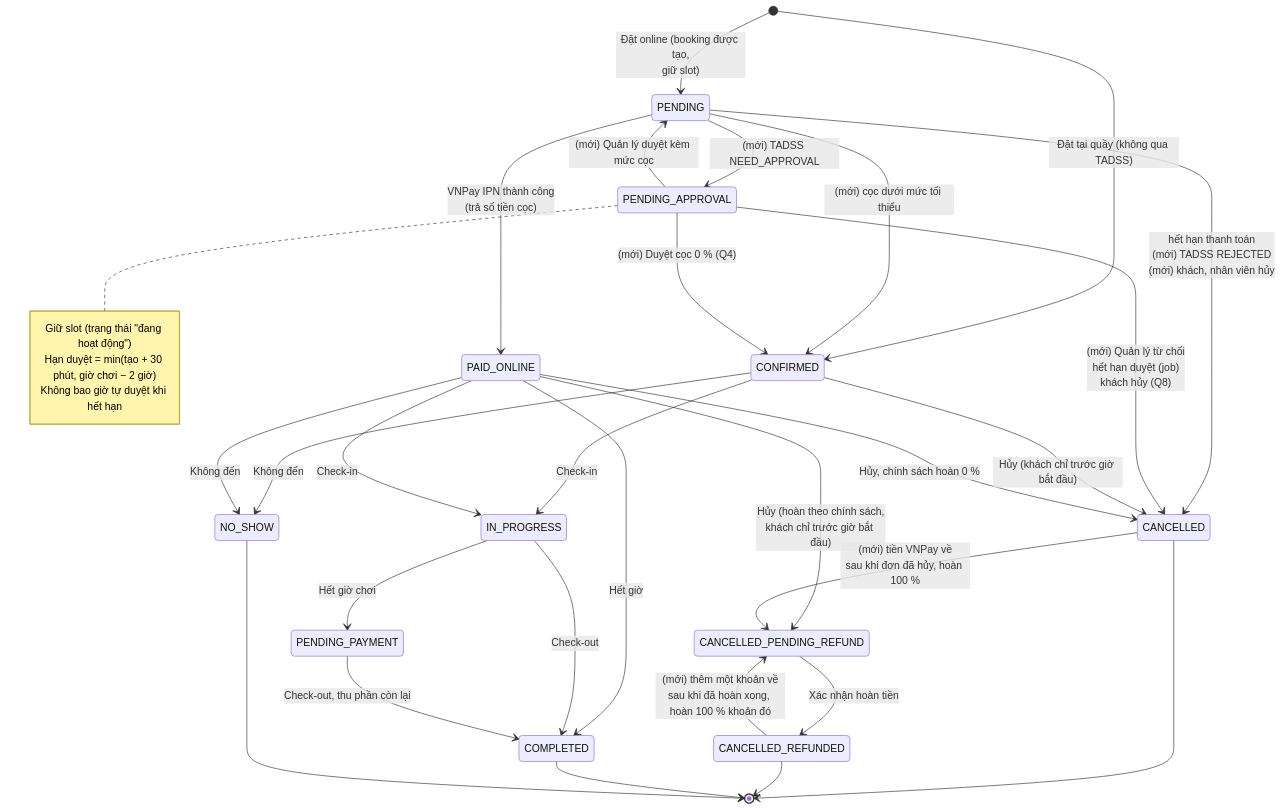
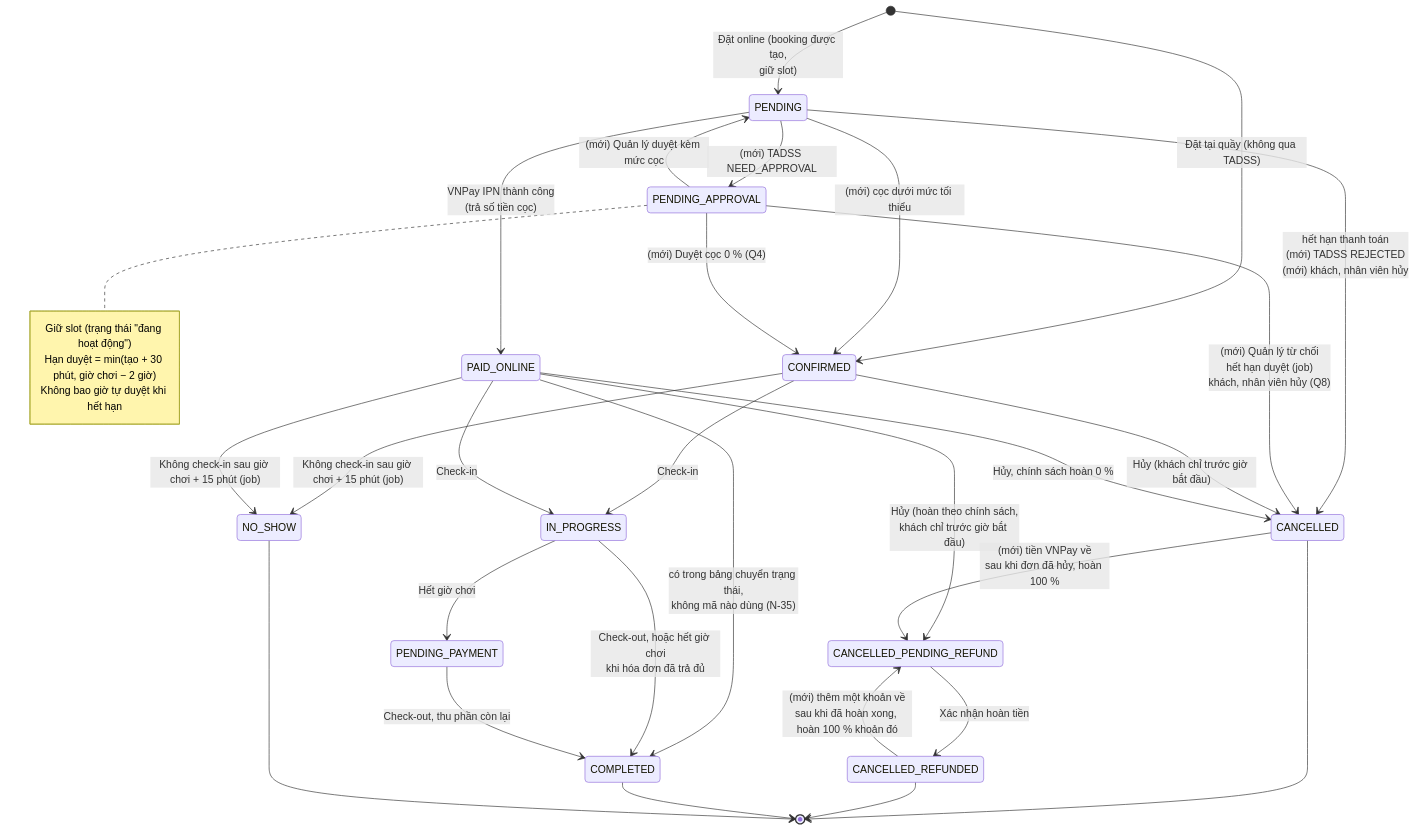
The fourth of 5 diagrams in docs/report/ACTIVITY_AND_STATE_DIAGRAMS.md (NguyenThanhTrung-N2T/TrustworthyAdaptiveDecisionSupportSystem-TADSS), drawn with Mermaid before and after one commit. The commit also changed other lines of this file and 12 other files, not shown here.

````diff
--- a/docs/report/ACTIVITY_AND_STATE_DIAGRAMS.md
+++ b/docs/report/ACTIVITY_AND_STATE_DIAGRAMS.md
@@ -159,44 +160,44 @@
 ```mermaid
 stateDiagram-v2
     direction TB
     [*] --> PENDING: Đặt online (booking được tạo,<br/>giữ slot)
     [*] --> CONFIRMED: Đặt tại quầy (không qua TADSS)
 
     PENDING --> PENDING_APPROVAL: (mới) TADSS NEED_APPROVAL
     PENDING --> CANCELLED: hết hạn thanh toán<br/>(mới) TADSS REJECTED<br/>(mới) khách, nhân viên hủy
     PENDING --> CONFIRMED: (mới) cọc dưới mức tối thiểu
     PENDING --> PAID_ONLINE: VNPay IPN thành công<br/>(trả số tiền cọc)
 
     PENDING_APPROVAL --> PENDING: (mới) Quản lý duyệt kèm mức cọc
-    PENDING_APPROVAL --> CANCELLED: (mới) Quản lý từ chối<br/>hết hạn duyệt (job)<br/>khách hủy (Q8)
+    PENDING_APPROVAL --> CANCELLED: (mới) Quản lý từ chối<br/>hết hạn duyệt (job)<br/>khách, nhân viên hủy (Q8)
     PENDING_APPROVAL --> CONFIRMED: (mới) Duyệt cọc 0 % (Q4)
 
     CONFIRMED --> IN_PROGRESS: Check-in
     CONFIRMED --> CANCELLED: Hủy (khách chỉ trước giờ bắt đầu)
-    CONFIRMED --> NO_SHOW: Không đến
+    CONFIRMED --> NO_SHOW: Không check-in sau giờ chơi + 15 phút (job)
 
     PAID_ONLINE --> IN_PROGRESS: Check-in
     PAID_ONLINE --> CANCELLED_PENDING_REFUND: Hủy (hoàn theo chính sách,<br/>khách chỉ trước giờ bắt đầu)
     PAID_ONLINE --> CANCELLED: Hủy, chính sách hoàn 0 %
-    PAID_ONLINE --> NO_SHOW: Không đến
-    PAID_ONLINE --> COMPLETED: Hết giờ
+    PAID_ONLINE --> NO_SHOW: Không check-in sau giờ chơi + 15 phút (job)
+    PAID_ONLINE --> COMPLETED: có trong bảng chuyển trạng thái,<br/>không mã nào dùng (N-35)
 
     IN_PROGRESS --> PENDING_PAYMENT: Hết giờ chơi
-    IN_PROGRESS --> COMPLETED: Check-out
+    IN_PROGRESS --> COMPLETED: Check-out, hoặc hết giờ chơi<br/>khi hóa đơn đã trả đủ
     PENDING_PAYMENT --> COMPLETED: Check-out, thu phần còn lại
 
     CANCELLED_PENDING_REFUND --> CANCELLED_REFUNDED: Xác nhận hoàn tiền
     CANCELLED --> CANCELLED_PENDING_REFUND: (mới) tiền VNPay về<br/>sau khi đơn đã hủy, hoàn 100 %
     CANCELLED_REFUNDED --> CANCELLED_PENDING_REFUND: (mới) thêm một khoản về<br/>sau khi đã hoàn xong, hoàn 100 % khoản đó
 
     CANCELLED --> [*]
     CANCELLED_REFUNDED --> [*]
     COMPLETED --> [*]
     NO_SHOW --> [*]
 
     note right of PENDING_APPROVAL
         Giữ slot (trạng thái "đang hoạt động")
         Hạn duyệt = min(tạo + 30 phút, giờ chơi − 2 giờ)
         Không bao giờ tự duyệt khi hết hạn
     end note
 ```
````
